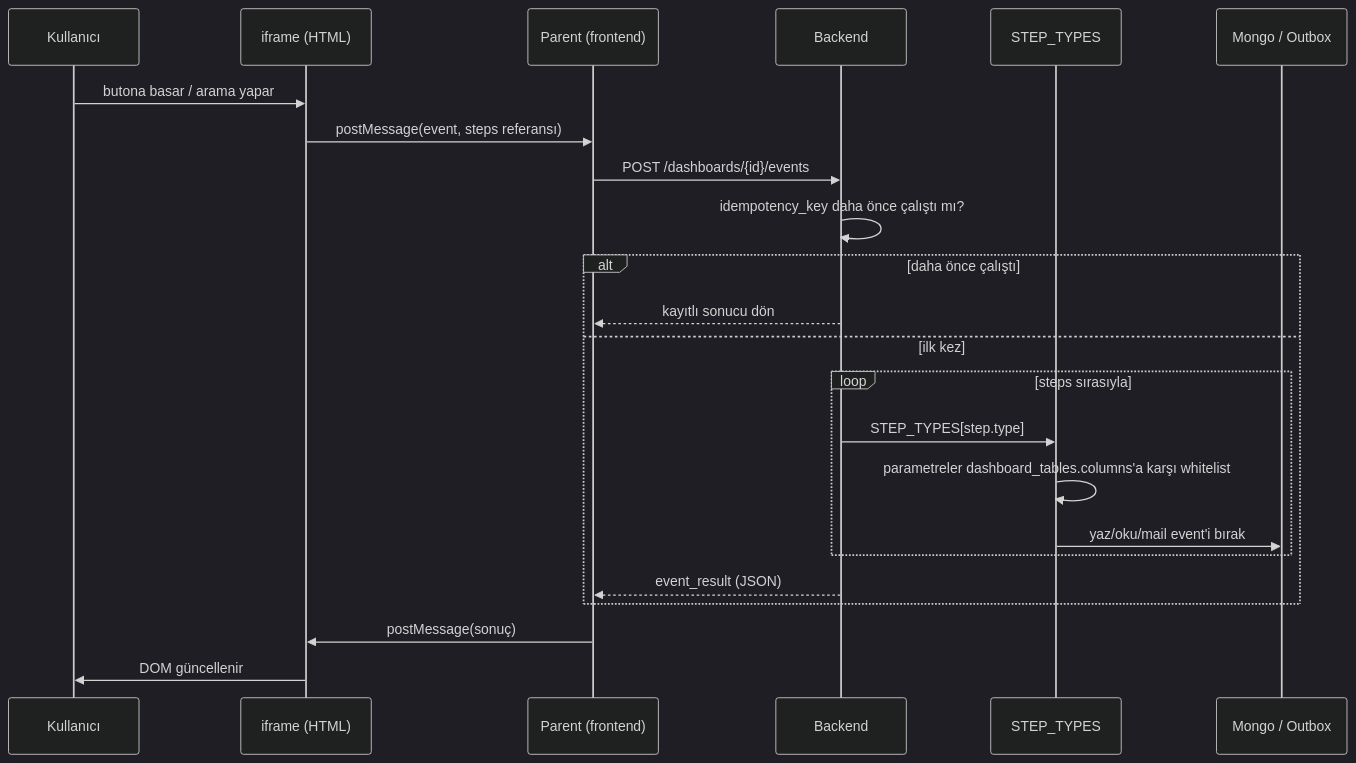
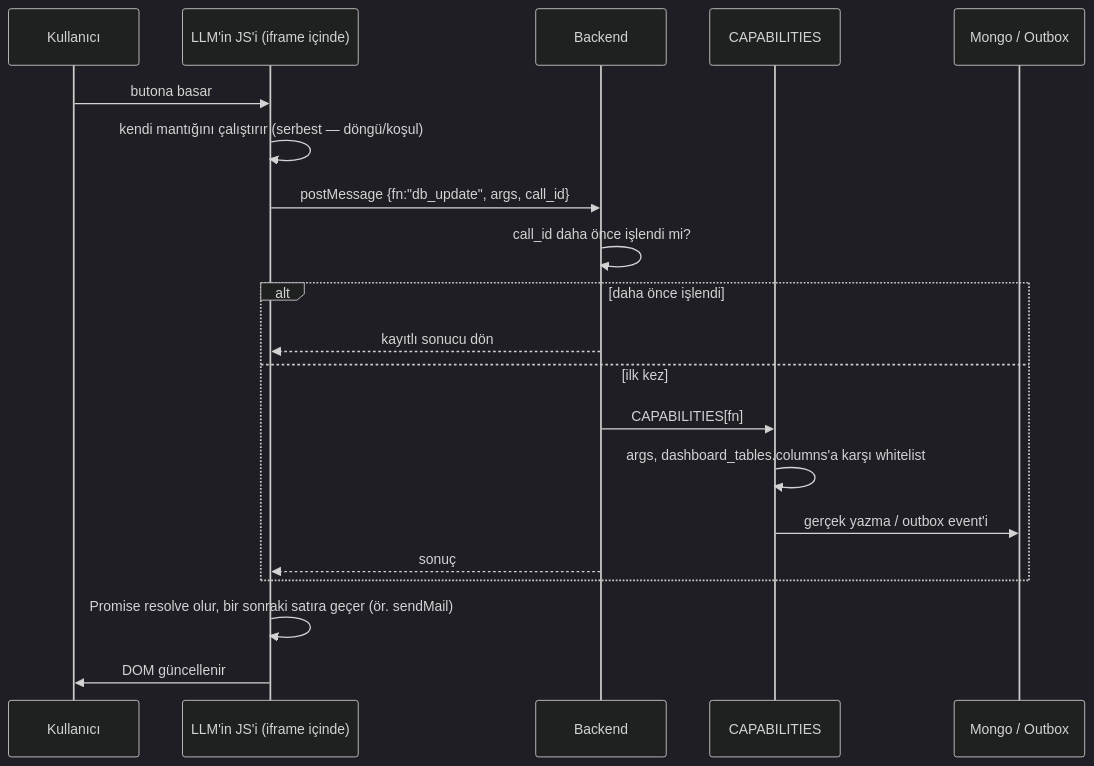
Before and after one commit to yusufkrnz/NPBackDocs: the second of 2 diagrams in docs/ai/dashboard-system-summary.mdx, drawn with Mermaid (dark theme). The commit also changed other lines of this file and 3 other files, not shown here.

First line of the commit message:
Dashboard davranış modelini düzelt: sabit step tipi yerine generative JS + capability RPC

````diff
--- a/docs/ai/dashboard-system-summary.mdx
+++ b/docs/ai/dashboard-system-summary.mdx
@@ -58,26 +58,23 @@
 ```mermaid
 sequenceDiagram
     participant K as Kullanıcı
-    participant IF as iframe (HTML)
-    participant P as Parent (frontend)
+    participant JS as LLM'in JS'i (iframe içinde)
     participant BE as Backend
-    participant ST as STEP_TYPES
+    participant CAP as CAPABILITIES
     participant DB as Mongo / Outbox
 
-    K->>IF: butona basar / arama yapar
-    IF->>P: postMessage(event, steps referansı)
-    P->>BE: POST /dashboards/{id}/events
-    BE->>BE: idempotency_key daha önce çalıştı mı?
-    alt daha önce çalıştı
-        BE-->>P: kayıtlı sonucu dön
+    K->>JS: butona basar
+    JS->>JS: kendi mantığını çalıştırır (serbest — döngü/koşul)
+    JS->>BE: postMessage {fn:"db_update", args, call_id}
+    BE->>BE: call_id daha önce işlendi mi?
+    alt daha önce işlendi
+        BE-->>JS: kayıtlı sonucu dön
     else ilk kez
-        loop steps sırasıyla
-            BE->>ST: STEP_TYPES[step.type]
-            ST->>ST: parametreler dashboard_tables.columns'a karşı whitelist
-            ST->>DB: yaz/oku/mail event'i bırak
-        end
-        BE-->>P: event_result (JSON)
+        BE->>CAP: CAPABILITIES[fn]
+        CAP->>CAP: args, dashboard_tables.columns'a karşı whitelist
+        CAP->>DB: gerçek yazma / outbox event'i
+        BE-->>JS: sonuç
     end
-    P->>IF: postMessage(sonuç)
-    IF->>K: DOM güncellenir
+    JS->>JS: Promise resolve olur, bir sonraki satıra geçer (ör. sendMail)
+    JS->>K: DOM güncellenir
 ```
````
